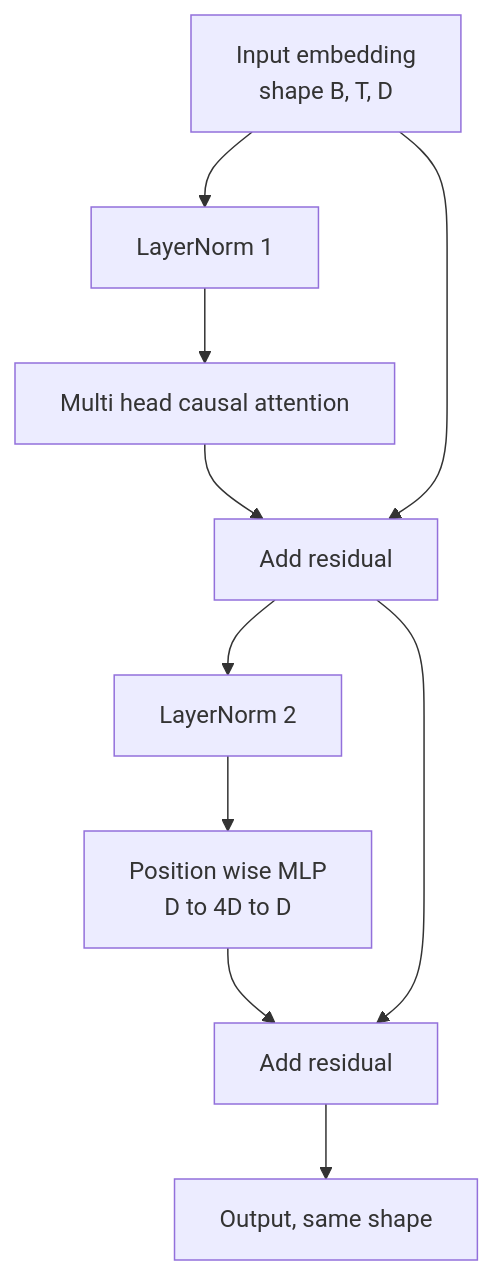
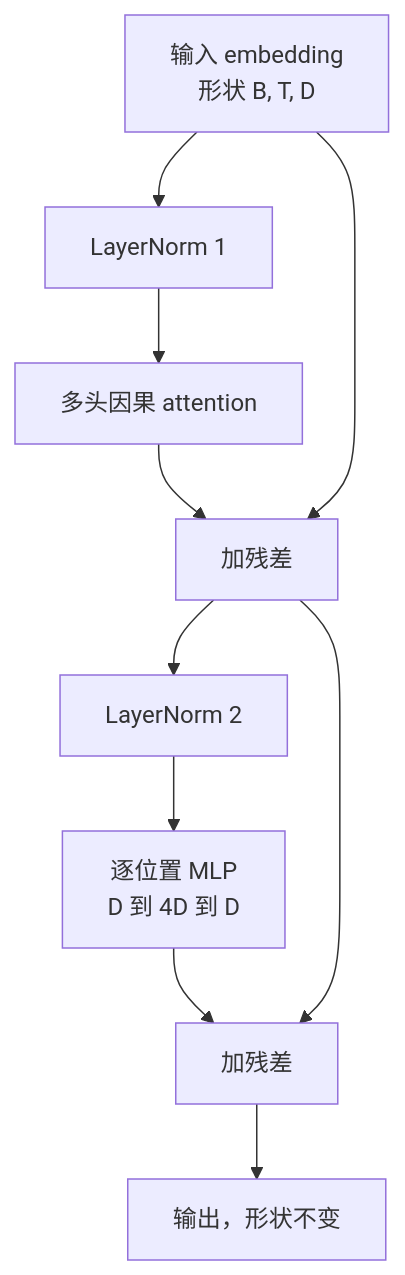
Before and after one commit to alessandrodinisio-ai/ai-engineering-learning-framework: the first of 2 diagrams in phases/19-capstone-projects/34-transformer-block/docs/zh.md, drawn with Mermaid. The commit also changed other lines of this file and 120 other files, not shown here.

First line of the commit message:
i18n(mermaid): 337 个 mermaid 图表标签中文化

````diff
--- a/phases/19-capstone-projects/34-transformer-block/docs/zh.md
+++ b/phases/19-capstone-projects/34-transformer-block/docs/zh.md
@@ -31,12 +31,12 @@
 ```mermaid
 flowchart TB
-  X[Input embedding<br/>shape B, T, D] --> N1[LayerNorm 1]
-  N1 --> MHA[Multi head causal attention]
-  MHA --> R1[Add residual]
+  X[输入 embedding<br/>形状 B, T, D] --> N1[LayerNorm 1]
+  N1 --> MHA[多头因果 attention]
+  MHA --> R1[加残差]
   X --> R1
   R1 --> N2[LayerNorm 2]
-  N2 --> MLP[Position wise MLP<br/>D to 4D to D]
-  MLP --> R2[Add residual]
+  N2 --> MLP[逐位置 MLP<br/>D 到 4D 到 D]
+  MLP --> R2[加残差]
   R1 --> R2
-  R2 --> Y[Output, same shape]
+  R2 --> Y[输出，形状不变]
 ```
````
